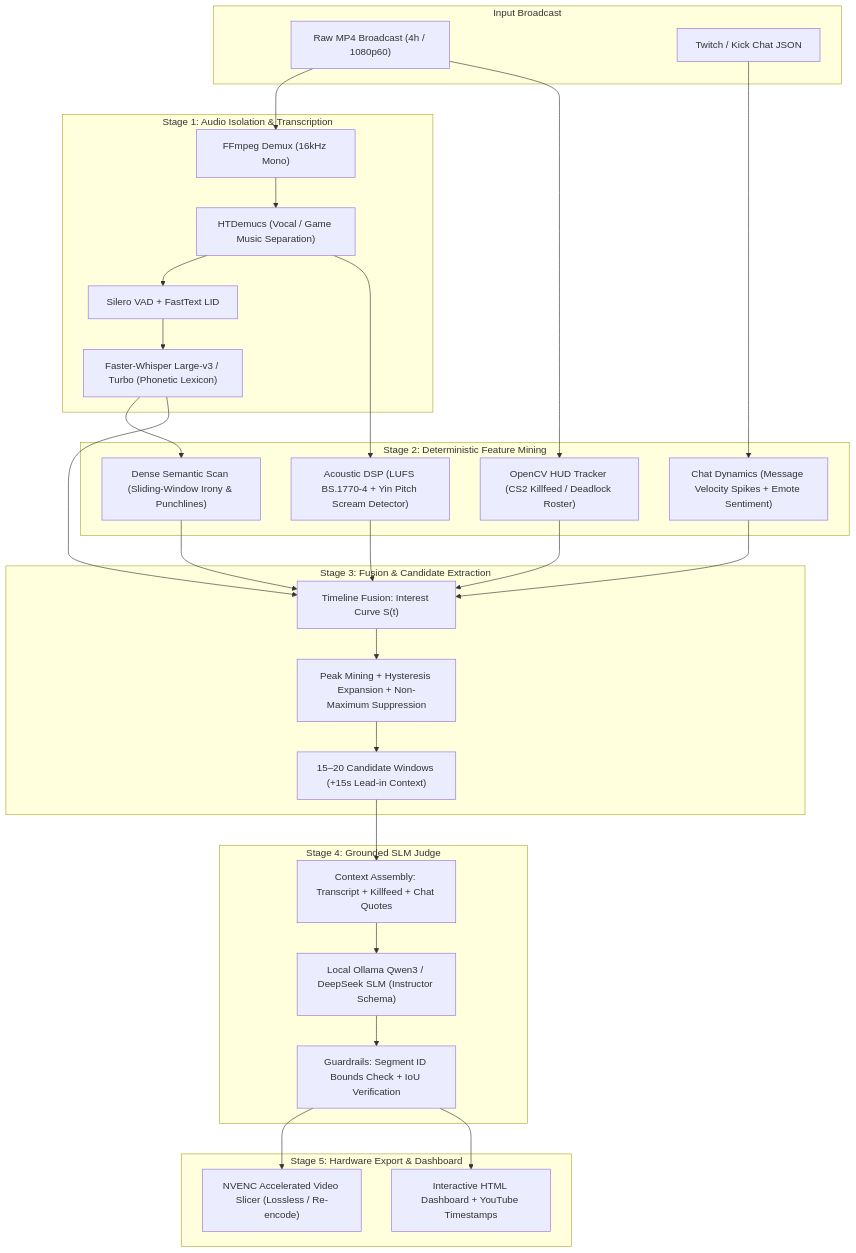
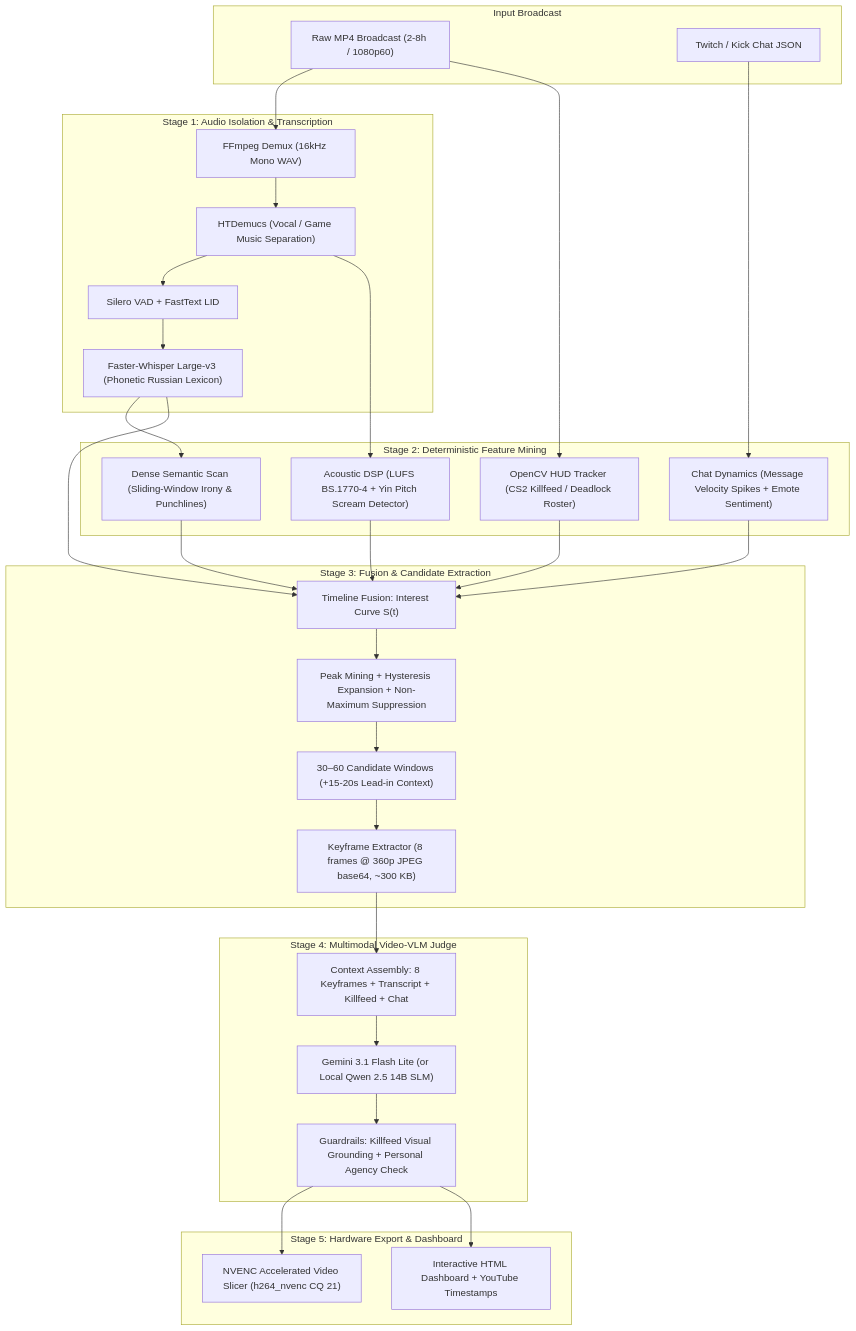
Before and after one commit to DelixeamI/stream-highlight-harvester: the diagram in README.md, drawn with Mermaid. The commit also changed other lines of this file and 12 other files, not shown here.

Commit message:
feat(benchmarks): add stage timings report, secure video_path whitelist, fix deps and unify README

````diff
--- a/README.md
+++ b/README.md
@@ -54,55 +57,55 @@
 ```mermaid
 flowchart TD
     subgraph IN["Input Broadcast"]
-        VOD["Raw MP4 Broadcast (4h / 1080p60)"]
+        VOD["Raw MP4 Broadcast (2-8h / 1080p60)"]
         CHAT["Twitch / Kick Chat JSON"]
     end
 
     subgraph S1["Stage 1: Audio Isolation & Transcription"]
-        DEMUX["FFmpeg Demux (16kHz Mono)"]
+        DEMUX["FFmpeg Demux (16kHz Mono WAV)"]
         DEMUCS["HTDemucs (Vocal / Game Music Separation)"]
         VAD["Silero VAD + FastText LID"]
-        WHISPER["Faster-Whisper Large-v3 / Turbo (Phonetic Lexicon)"]
+        WHISPER["Faster-Whisper Large-v3 (Phonetic Russian Lexicon)"]
     end
 
     subgraph S2["Stage 2: Deterministic Feature Mining"]
         CV["OpenCV HUD Tracker (CS2 Killfeed / Deadlock Roster)"]
         DSP["Acoustic DSP (LUFS BS.1770-4 + Yin Pitch Scream Detector)"]
         CHAT_F["Chat Dynamics (Message Velocity Spikes + Emote Sentiment)"]
         SEM["Dense Semantic Scan (Sliding-Window Irony & Punchlines)"]
     end
 
     subgraph S3["Stage 3: Fusion & Candidate Extraction"]
         FUSION["Timeline Fusion: Interest Curve S(t)"]
         NMS["Peak Mining + Hysteresis Expansion + Non-Maximum Suppression"]
-        CAND["15–20 Candidate Windows (+15s Lead-in Context)"]
+        CAND["30–60 Candidate Windows (+15-20s Lead-in Context)"]
+        FRAMES["Keyframe Extractor (8 frames @ 360p JPEG base64, ~300 KB)"]
     end
 
-    subgraph S4["Stage 4: Grounded SLM Judge"]
-        PROMPT["Context Assembly: Transcript + Killfeed + Chat Quotes"]
-        LLM["Local Ollama Qwen3 / DeepSeek SLM (Instructor Schema)"]
-        GUARD["Guardrails: Segment ID Bounds Check + IoU Verification"]
+    subgraph S4["Stage 4: Multimodal Video-VLM Judge"]
+        PROMPT["Context Assembly: 8 Keyframes + Transcript + Killfeed + Chat"]
+        VLM["Gemini 3.1 Flash Lite (or Local Qwen 2.5 14B SLM)"]
+        GUARD["Guardrails: Killfeed Visual Grounding + Personal Agency Check"]
     end
 
     subgraph OUT["Stage 5: Hardware Export & Dashboard"]
-        NVENC["NVENC Accelerated Video Slicer (Lossless / Re-encode)"]
+        NVENC["NVENC Accelerated Video Slicer (h264_nvenc CQ 21)"]
         REPORT["Interactive HTML Dashboard + YouTube Timestamps"]
     end
 
     VOD --> DEMUX --> DEMUCS --> VAD --> WHISPER
     VOD --> CV
     DEMUCS --> DSP
     CHAT --> CHAT_F
     WHISPER --> SEM
 
     WHISPER --> FUSION
     CV --> FUSION
     DSP --> FUSION
     CHAT_F --> FUSION
     SEM --> FUSION
 
-    FUSION --> NMS --> CAND
-    CAND --> PROMPT --> LLM --> GUARD
+    FUSION --> NMS --> CAND --> FRAMES --> PROMPT --> VLM --> GUARD
     GUARD --> NVENC
     GUARD --> REPORT
 ```
````
